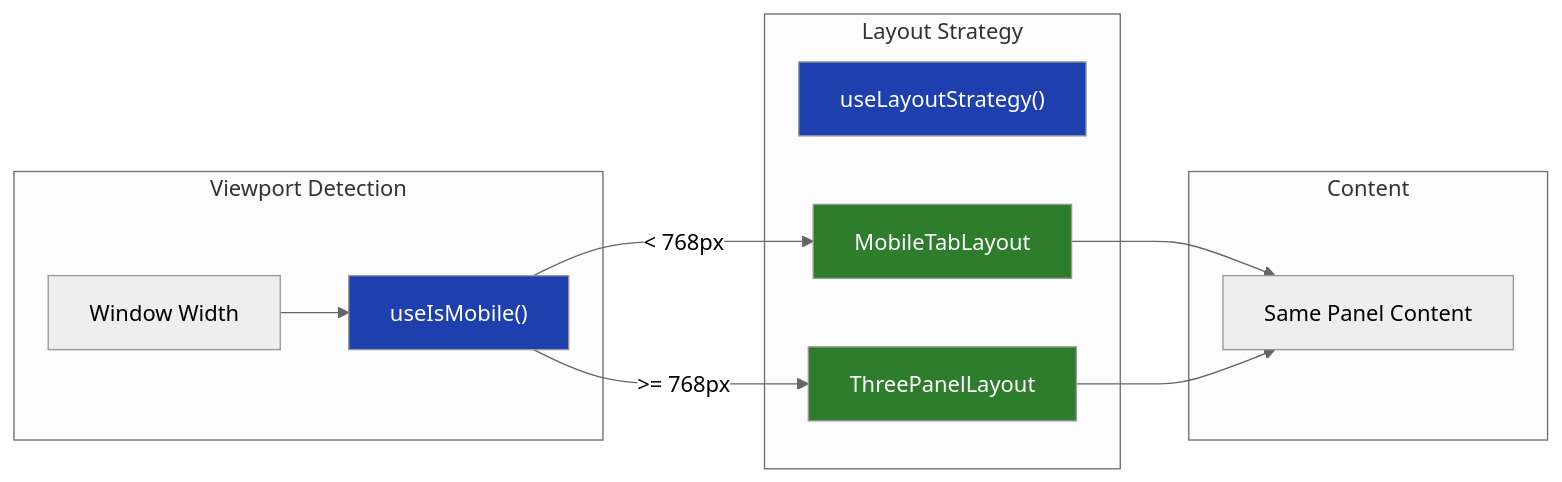
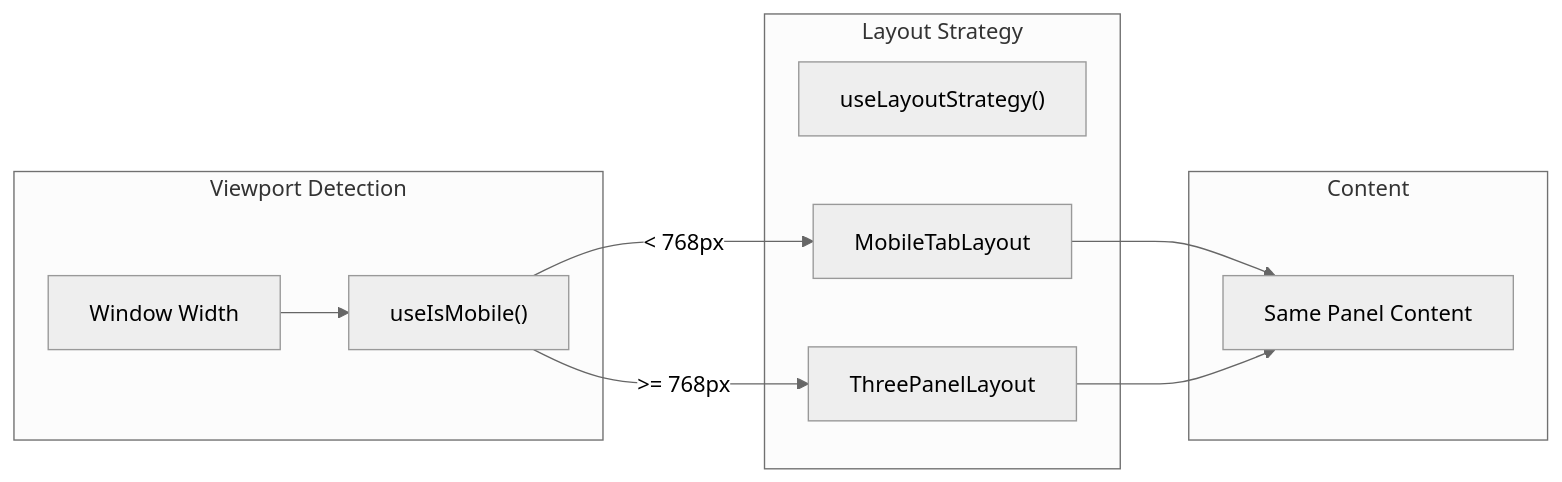
One commit to haowjy/meridian-flow changed the first of 2 diagrams in _docs/features/f-mobile-responsive/README.md. Above: the diagram before and after it, drawn with Mermaid (neutral theme). The commit also changed other lines of this file and 46 other files, not shown here.

````diff
--- a/_docs/features/f-mobile-responsive/README.md
+++ b/_docs/features/f-mobile-responsive/README.md
@@ -18,28 +18,24 @@
 ```mermaid
 flowchart LR
     subgraph Detection["Viewport Detection"]
         VP["Window Width"]
         Hook["useIsMobile()"]
     end
 
     subgraph Strategy["Layout Strategy"]
         Selector["useLayoutStrategy()"]
         Mobile["MobileTabLayout"]
         Desktop["ThreePanelLayout"]
     end
 
     subgraph Render["Content"]
         Panels["Same Panel Content"]
     end
 
     VP --> Hook
     Hook -->|"< 768px"| Mobile
     Hook -->|">= 768px"| Desktop
     Mobile --> Panels
     Desktop --> Panels
 
-    style Hook fill:#1e40af,color:#fff
-    style Selector fill:#1e40af,color:#fff
-    style Mobile fill:#2d7d2d,color:#fff
-    style Desktop fill:#2d7d2d,color:#fff
 ```
````
